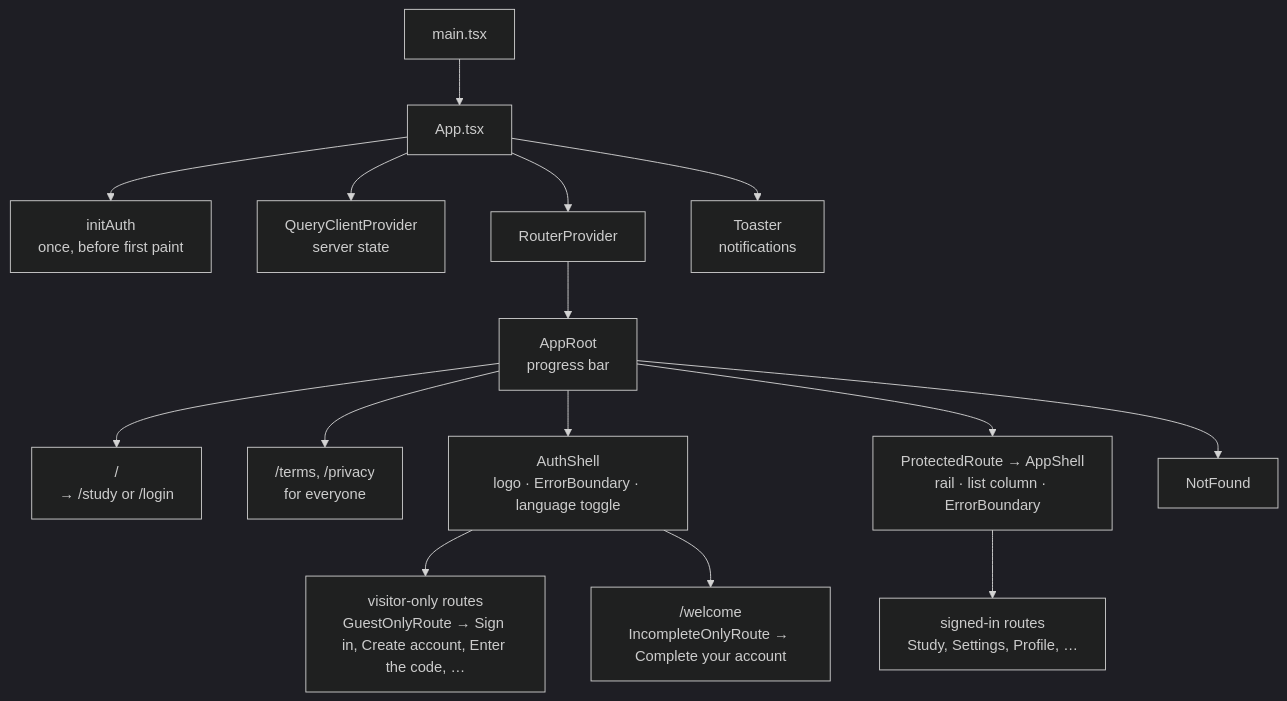
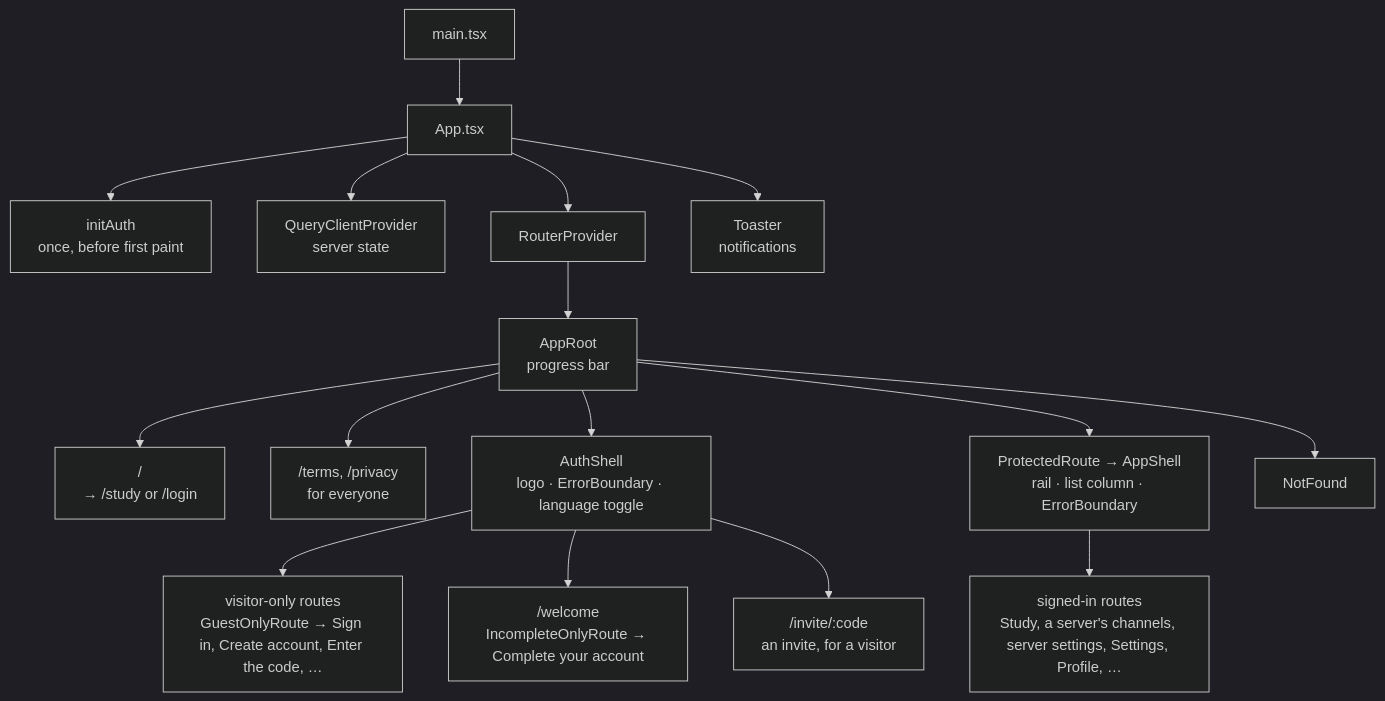
The first of 4 diagrams in OVERVIEW.md (StoriuSs/NezFocus-Frontend), drawn with Mermaid (dark theme) before and after one commit. The commit also changed other lines of this file and 6 other files, not shown here.

````diff
--- a/OVERVIEW.md
+++ b/OVERVIEW.md
@@ -83,19 +83,20 @@
 ```mermaid
 flowchart TB
     Main["main.tsx"] --> App["App.tsx"]
 
     App --> Init["initAuth<br/>once, before first paint"]
     App --> QP["QueryClientProvider<br/>server state"]
     App --> RP["RouterProvider"]
     App --> Toast["Toaster<br/>notifications"]
 
     RP --> Root["AppRoot<br/>progress bar"]
     Root --> Home["/<br/>→ /study or /login"]
     Root --> Legal["/terms, /privacy<br/>for everyone"]
     Root --> Auth["AuthShell<br/>logo · ErrorBoundary · language toggle"]
     Auth --> Guest["visitor-only routes<br/>GuestOnlyRoute → Sign in, Create account, Enter the code, …"]
     Auth --> Welcome["/welcome<br/>IncompleteOnlyRoute → Complete your account"]
+    Auth --> Invite["/invite/:code<br/>an invite, for a visitor"]
     Root --> Shell["ProtectedRoute → AppShell<br/>rail · list column · ErrorBoundary"]
-    Shell --> Guarded["signed-in routes<br/>Study, Settings, Profile, …"]
+    Shell --> Guarded["signed-in routes<br/>Study, a server's channels, server settings, Settings, Profile, …"]
     Root --> NF["NotFound"]
 ```
````
